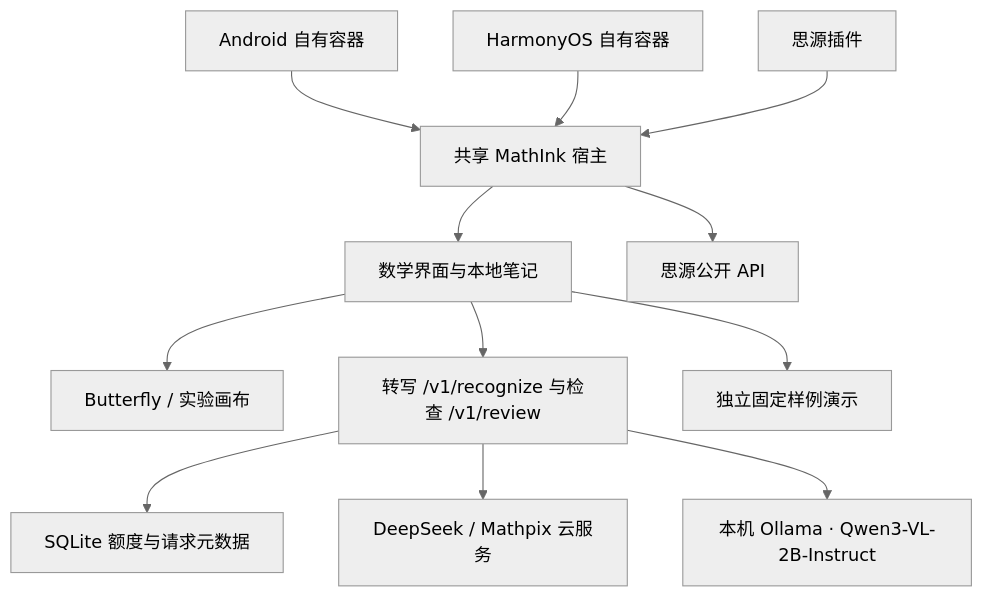
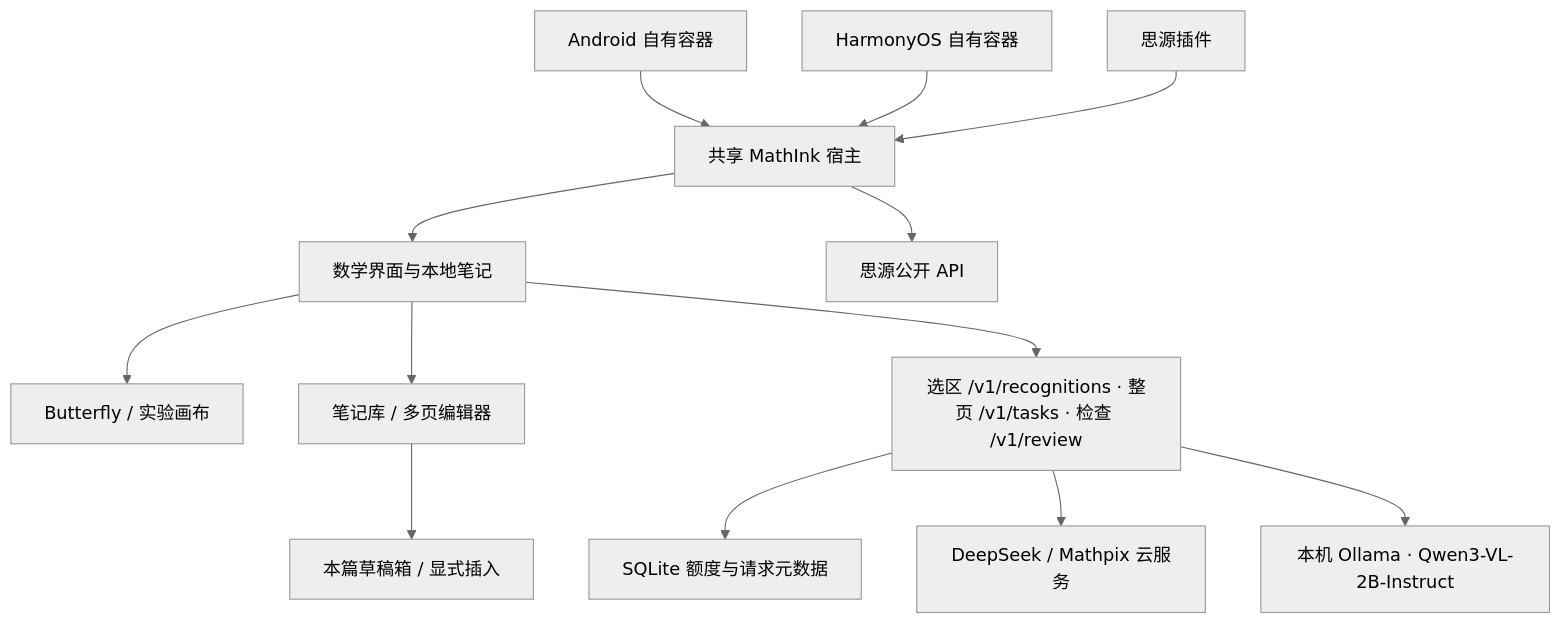
The diagram in docs/ARCHITECTURE.md (inthispiece/math-ink), drawn with Mermaid (neutral theme) before and after one commit. The commit also changed other lines of this file and 82 other files, not shown here.

````diff
--- a/docs/ARCHITECTURE.md
+++ b/docs/ARCHITECTURE.md
@@ -3,14 +3,15 @@
 ```mermaid
 flowchart TD
   Android[Android 自有容器] --> Host[共享 MathInk 宿主]
   Harmony[HarmonyOS 自有容器] --> Host
   Plugin[思源插件] --> Host
   Host --> Web[数学界面与本地笔记]
   Web --> Canvas[Butterfly / 实验画布]
-  Web --> Gateway[转写 /v1/recognize 与检查 /v1/review]
+  Web --> Library[笔记库 / 多页编辑器]
+  Library --> Drafts[本篇草稿箱 / 显式插入]
+  Web --> Gateway[选区 /v1/recognitions · 整页 /v1/tasks · 检查 /v1/review]
   Gateway --> Quota[SQLite 额度与请求元数据]
   Gateway --> Cloud[DeepSeek / Mathpix 云服务]
   Gateway --> Local[本机 Ollama · Qwen3-VL-2B-Instruct]
-  Web --> Demo[独立固定样例演示]
   Host --> SiYuan[思源公开 API]
 ```
````
